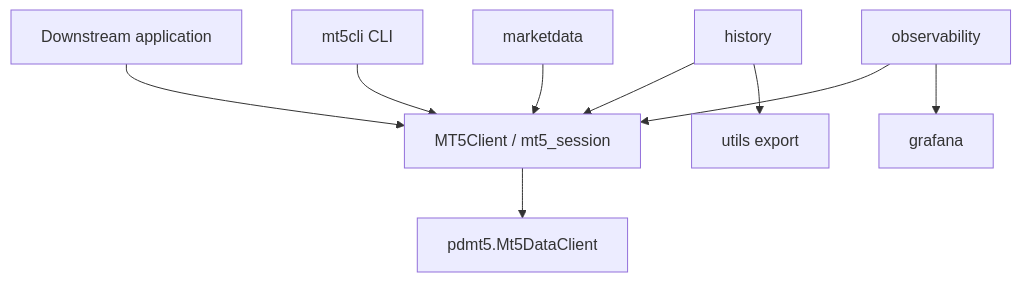
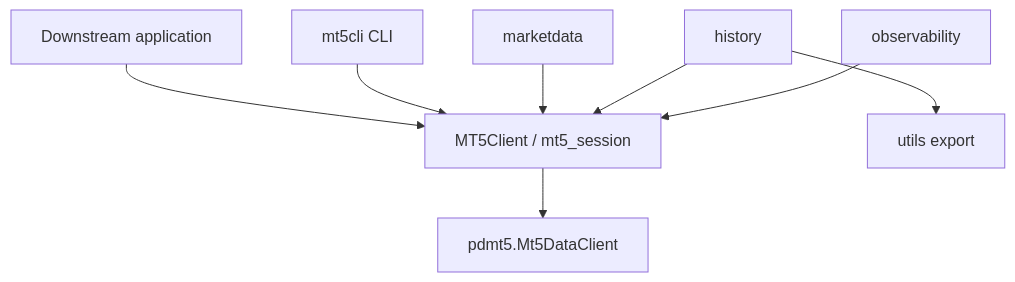
Before and after one commit to dceoy/mt5cli: the diagram in docs/api/index.md, drawn with Mermaid. The commit also changed other lines of this file and 29 other files, not shown here.

````diff
--- a/docs/api/index.md
+++ b/docs/api/index.md
@@ -29,11 +28,10 @@
 ```mermaid
 flowchart TD
     App["Downstream application"] --> Client["MT5Client / mt5_session"]
     CLI["mt5cli CLI"] --> Client
     Client --> PDMT5["pdmt5.Mt5DataClient"]
     MarketData["marketdata"] --> Client
     History["history"] --> Client
     Observability["observability"] --> Client
-    Observability --> Grafana["grafana"]
     History --> Utils["utils export"]
 ```
````
